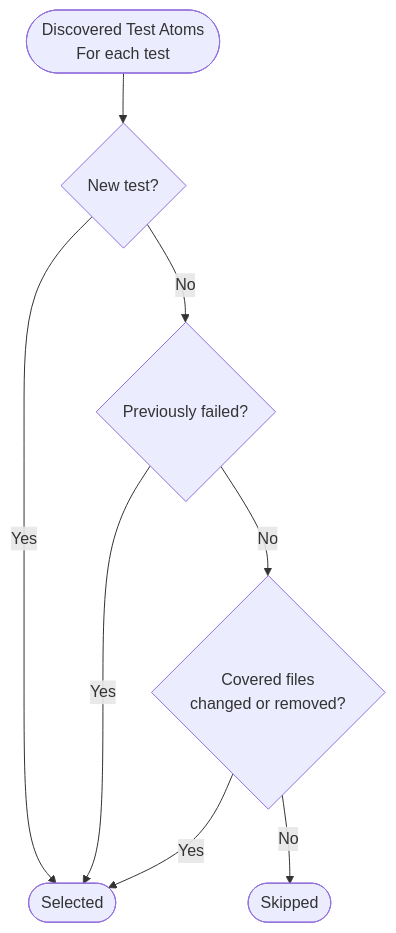
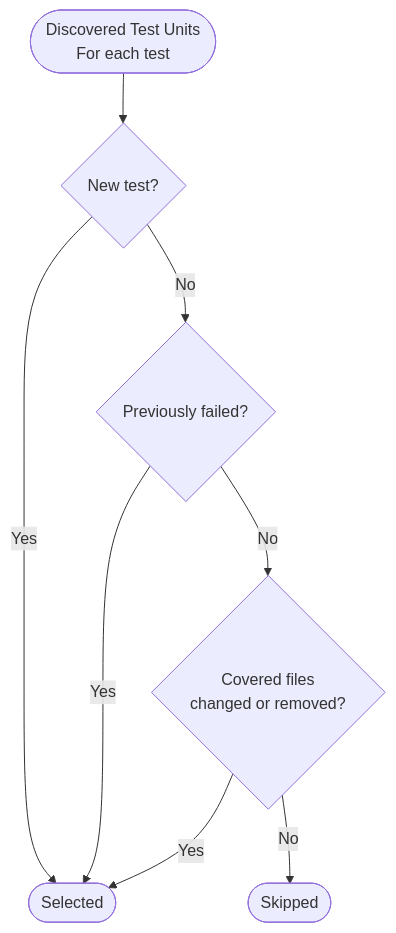
One commit to circleci/circleci-docs changed the diagram in docs/guides/modules/test/pages/set-up-test-impact-analysis.adoc. Above: the diagram before and after it, drawn with Mermaid. The commit also changed other lines of this file and 4 other files, not shown here.

```diff
--- a/docs/guides/modules/test/pages/set-up-test-impact-analysis.adoc
+++ b/docs/guides/modules/test/pages/set-up-test-impact-analysis.adoc
@@ -96,19 +96,19 @@
 [mermaid]
 ----
 flowchart TD
-    Start([Discovered Test Atoms\nFor each test])
+    Start([Discovered Test Units\nFor each test])
 
     Start --> New{New test?}
     New -- Yes --> Selected
 
     New -- No --> Failed{Previously failed?}
     Failed -- Yes --> Selected
 
     Failed -- No --> Files{Covered files\nchanged or removed?}
     Files -- Yes --> Selected
 
     Files -- No --> Skipped
 
     Selected([Selected])
     Skipped([Skipped])
 ----
```
